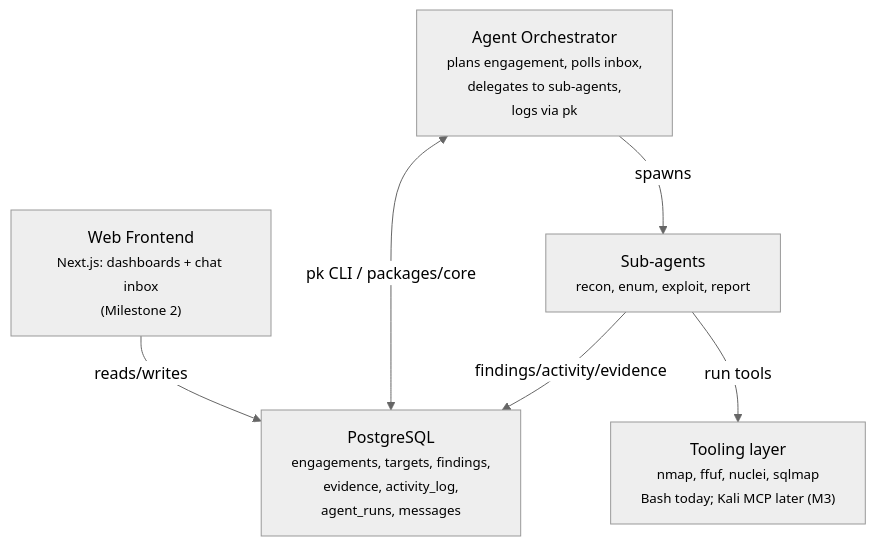
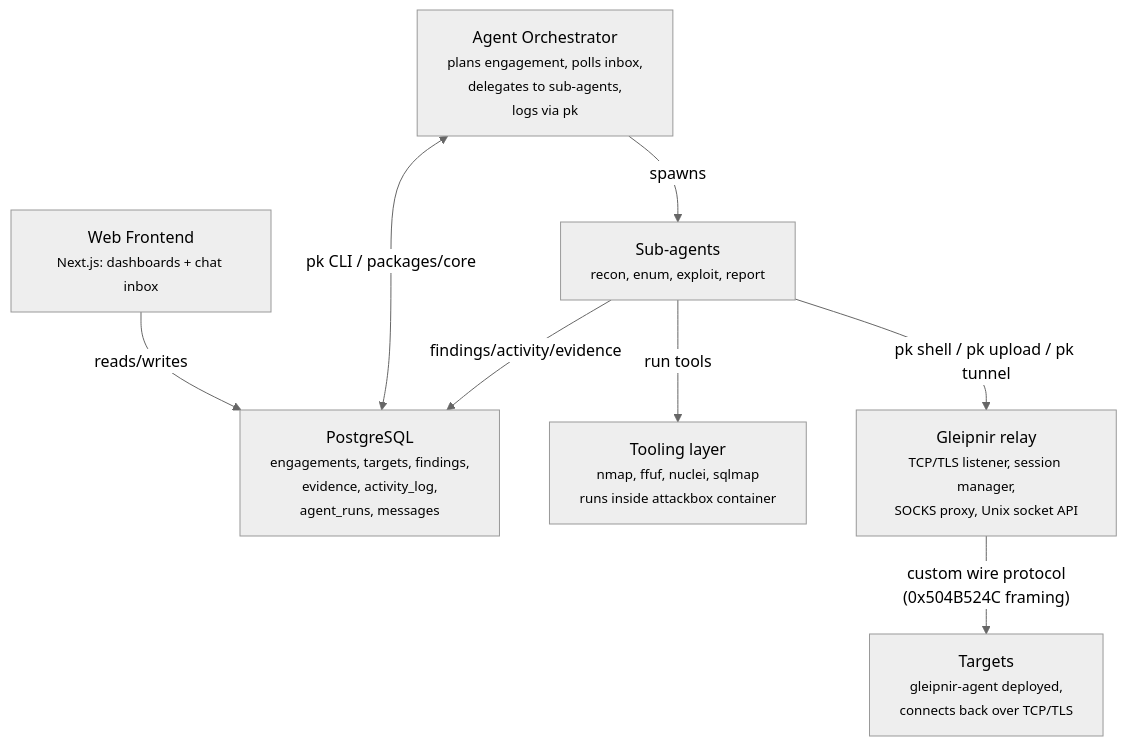
Before and after one commit to Saturate/PromptKiddie: the diagram in docs/ARCHITECTURE.md, drawn with Mermaid (neutral theme). The commit also changed other lines of this file and 6 other files, not shown here.

````diff
--- a/docs/ARCHITECTURE.md
+++ b/docs/ARCHITECTURE.md
@@ -7,14 +7,18 @@
 ```mermaid
 graph TD
-    FE["Web Frontend<br/><small>Next.js: dashboards + chat inbox</small><br/><small>(Milestone 2)</small>"]
+    FE["Web Frontend<br/><small>Next.js: dashboards + chat inbox</small>"]
     ORCH["Agent Orchestrator<br/><small>plans engagement, polls inbox,<br/>delegates to sub-agents,<br/>logs via pk</small>"]
     PG["PostgreSQL<br/><small>engagements, targets, findings,<br/>evidence, activity_log,<br/>agent_runs, messages</small>"]
     SUB["Sub-agents<br/><small>recon, enum, exploit, report</small>"]
-    TOOLS["Tooling layer<br/><small>nmap, ffuf, nuclei, sqlmap<br/>Bash today; Kali MCP later (M3)</small>"]
+    TOOLS["Tooling layer<br/><small>nmap, ffuf, nuclei, sqlmap<br/>runs inside attackbox container</small>"]
+    GLEIPNIR["Gleipnir relay<br/><small>TCP/TLS listener, session manager,<br/>SOCKS proxy, Unix socket API</small>"]
+    TARGETS["Targets<br/><small>gleipnir-agent deployed,<br/>connects back over TCP/TLS</small>"]
 
     FE -- reads/writes --> PG
     ORCH <-- pk CLI / packages/core --> PG
     ORCH -- spawns --> SUB
     SUB -- findings/activity/evidence --> PG
     SUB -- run tools --> TOOLS
+    SUB -- "pk shell / pk upload / pk tunnel" --> GLEIPNIR
+    GLEIPNIR -- "custom wire protocol<br/>(0x504B524C framing)" --> TARGETS
 ```
````
